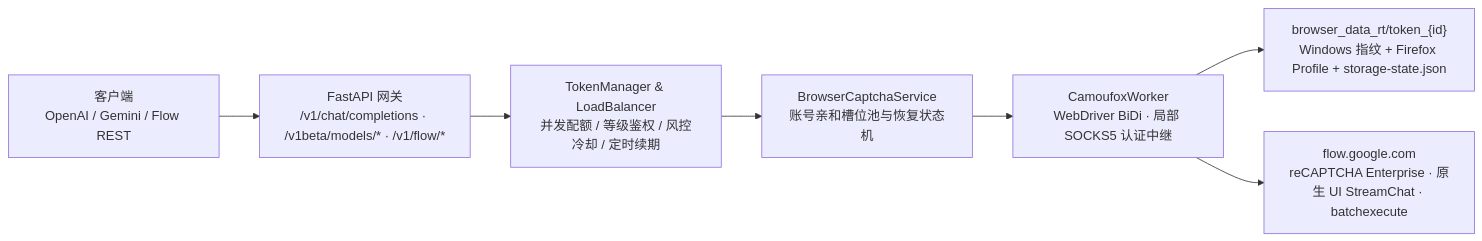
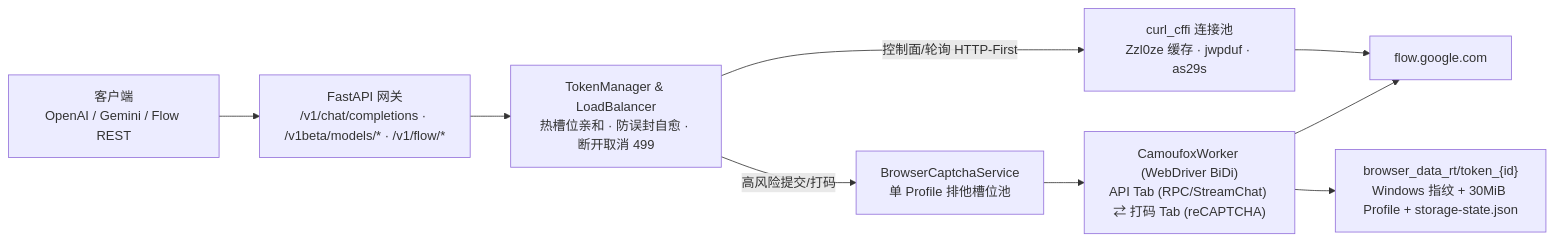
One commit to jianli9158/flow2api-Camoufox changed the diagram in README.md. Above: the diagram before and after it, drawn with Mermaid. The commit also changed other lines of this file and 1 other file, not shown here.

First line of the commit message:
docs: update README and FLOW_API for dual-tab Camoufox isolation and latest API routing

````diff
--- a/README.md
+++ b/README.md
@@ -26,9 +30,11 @@
 ```mermaid
 flowchart LR
     Client["客户端<br/>OpenAI / Gemini / Flow REST"] --> API["FastAPI 网关<br/>/v1/chat/completions · /v1beta/models/* · /v1/flow/*"]
-    API --> Core["TokenManager & LoadBalancer<br/>并发配额 / 等级鉴权 / 风控冷却 / 定时续期"]
-    Core --> Pool["BrowserCaptchaService<br/>账号亲和槽位池与恢复状态机"]
-    Pool --> Worker["CamoufoxWorker<br/>WebDriver BiDi · 局部 SOCKS5 认证中继"]
-    Worker --> Profile["browser_data_rt/token_{id}<br/>Windows 指纹 + Firefox Profile + storage-state.json"]
-    Worker --> Flow["flow.google.com<br/>reCAPTCHA Enterprise · 原生 UI StreamChat · batchexecute"]
+    API --> Core["TokenManager & LoadBalancer<br/>热槽位亲和 · 防误封自愈 · 断开取消 499"]
+    Core -->|控制面/轮询 HTTP-First| HTTP["curl_cffi 连接池<br/>Zzl0ze 缓存 · jwpduf · as29s"]
+    Core -->|高风险提交/打码| Pool["BrowserCaptchaService<br/>单 Profile 排他槽位池"]
+    Pool --> Worker["CamoufoxWorker (WebDriver BiDi)<br/>API Tab (RPC/StreamChat) ⇄ 打码 Tab (reCAPTCHA)"]
+    Worker --> Profile["browser_data_rt/token_{id}<br/>Windows 指纹 + 30MiB Profile + storage-state.json"]
+    HTTP --> Flow["flow.google.com"]
+    Worker --> Flow
 ```
````
